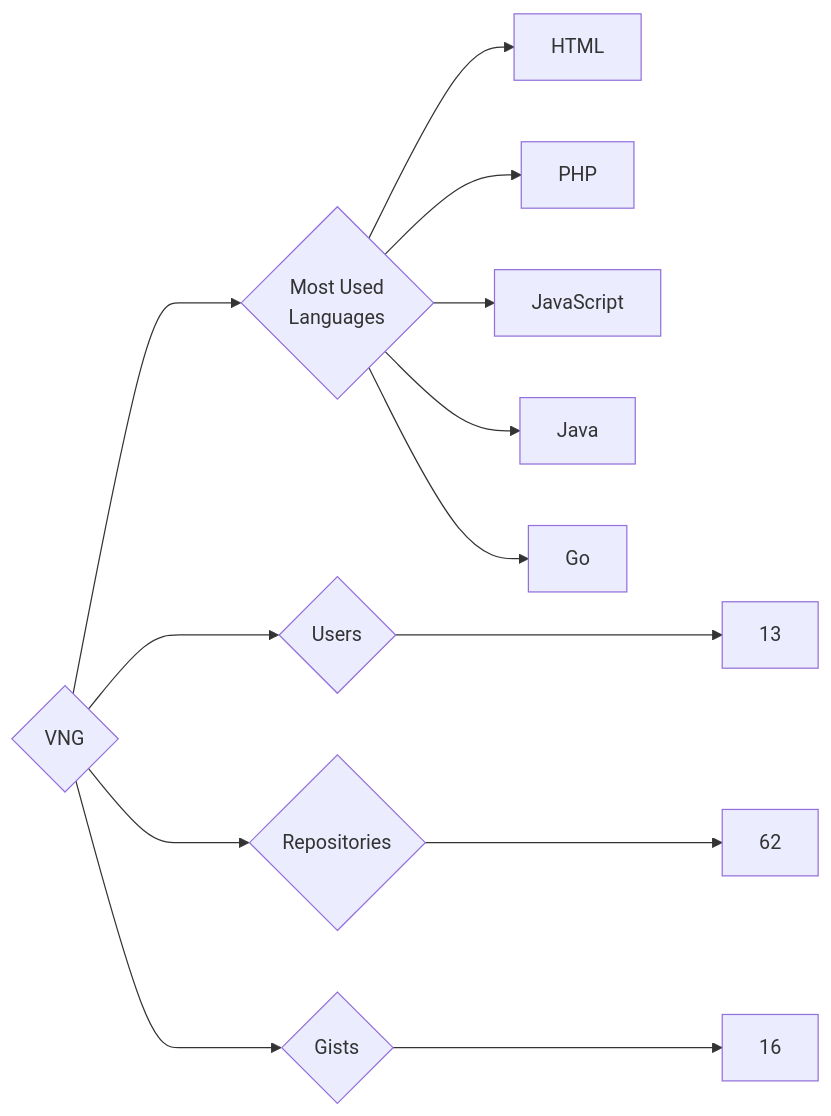
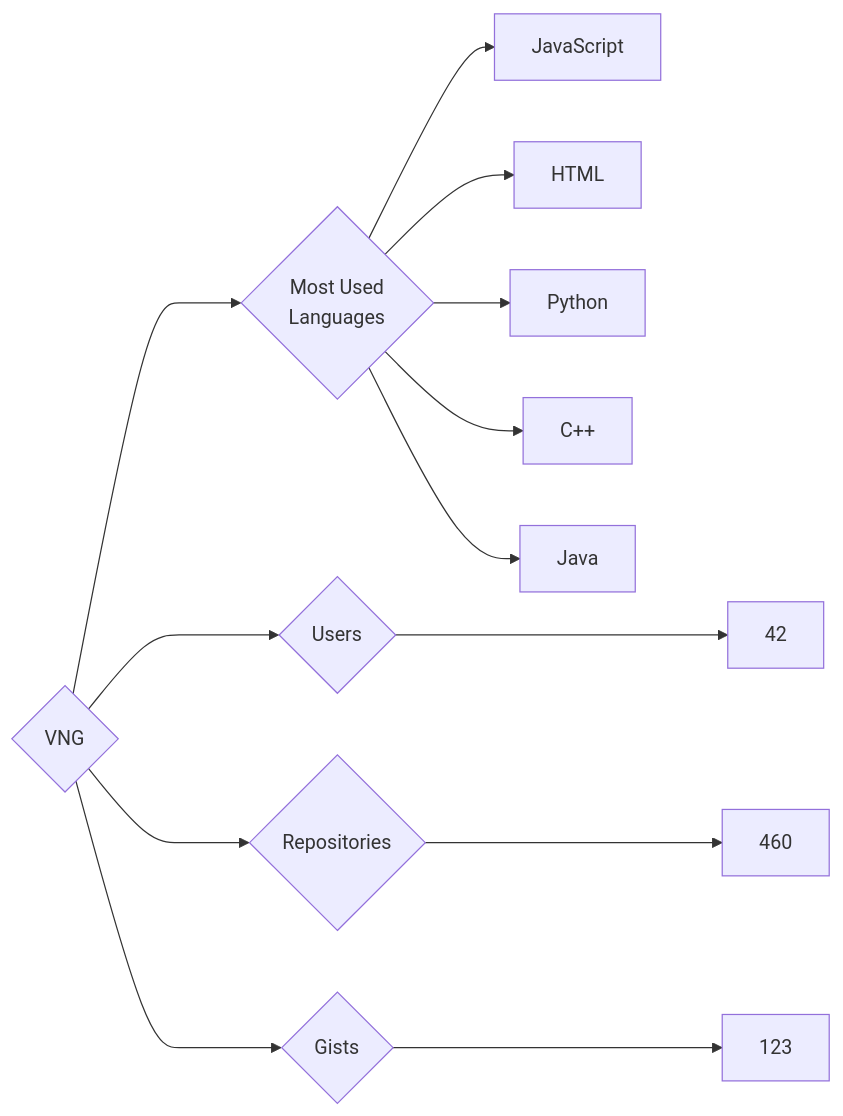
Before and after one commit to trickest/insiders: the diagram in targets/VNG/README.md, drawn with Mermaid. The commit also changed 833 other files, not shown here.

````diff
--- a/targets/VNG/README.md
+++ b/targets/VNG/README.md
@@ -3,13 +3,13 @@
 ```mermaid
 graph LR
 COMPANY_NAME{VNG}
-COMPANY_NAME ---> U{Users} ---> UN[13]
-COMPANY_NAME ---> R{Repositories} ---> RN[62]
-COMPANY_NAME ---> G{Gists} ---> GN[16]
+COMPANY_NAME ---> U{Users} ---> UN[42]
+COMPANY_NAME ---> R{Repositories} ---> RN[460]
+COMPANY_NAME ---> G{Gists} ---> GN[123]
 COMPANY_NAME ---> ML{Most Used<br>Languages}
+ML --> JavaScript[JavaScript]
 ML --> HTML[HTML]
-ML --> PHP[PHP]
-ML --> JavaScript[JavaScript]
+ML --> Python[Python]
+ML --> C++[C++]
 ML --> Java[Java]
-ML --> Go[Go]
 ```
````
